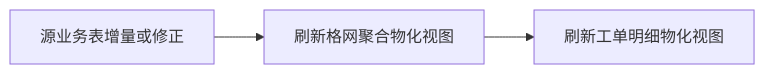
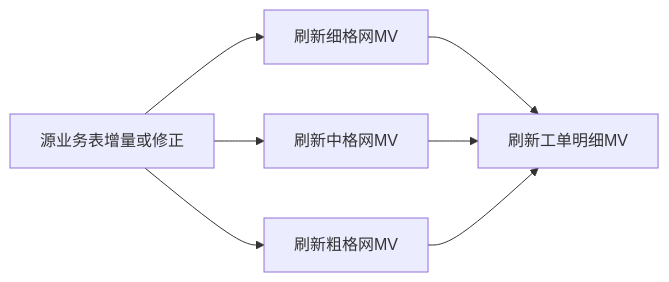
The second of 8 diagrams in Blog/mvt-webgl_heatmap-ccl/AGENTS.md (zheyi420/Dev-Wiki), drawn with Mermaid before and after one commit. The commit also changed other lines of this file, not shown here.

````diff
--- a/Blog/mvt-webgl_heatmap-ccl/AGENTS.md
+++ b/Blog/mvt-webgl_heatmap-ccl/AGENTS.md
@@ -432,8 +467,14 @@
 ```mermaid
 flowchart LR
   sourceUpdate[源业务表增量或修正]
-  refreshGrid[刷新格网聚合物化视图]
-  refreshOrder[刷新工单明细物化视图]
-  sourceUpdate --> refreshGrid
-  refreshGrid --> refreshOrder
+  refreshGrid5[刷新细格网MV]
+  refreshGrid100[刷新中格网MV]
+  refreshGrid300[刷新粗格网MV]
+  refreshOrder[刷新工单明细MV]
+  sourceUpdate --> refreshGrid5
+  sourceUpdate --> refreshGrid100
+  sourceUpdate --> refreshGrid300
+  refreshGrid5 --> refreshOrder
+  refreshGrid100 --> refreshOrder
+  refreshGrid300 --> refreshOrder
 ```
````
